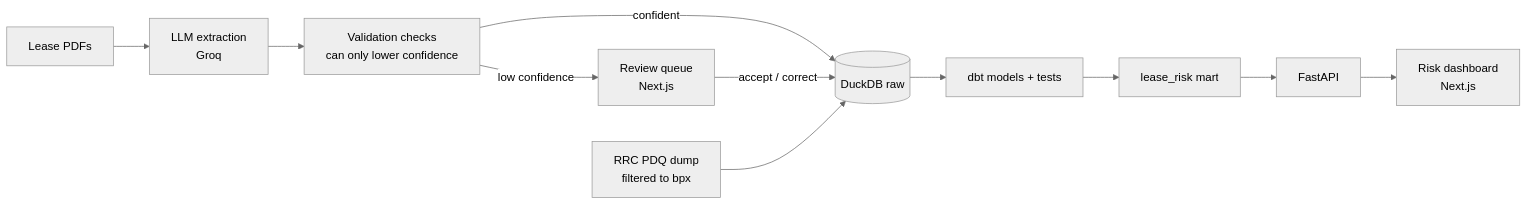
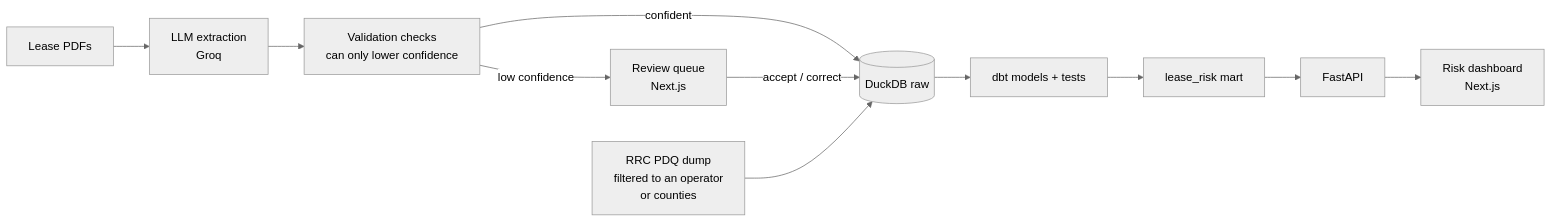
One commit to kaimonday/bpx-land-risk changed the diagram in README.md. Above: the diagram before and after it, drawn with Mermaid (neutral theme). The commit also changed other lines of this file and 10 other files, not shown here.

````diff
--- a/README.md
+++ b/README.md
@@ -11,12 +41,12 @@
 ```mermaid
 flowchart LR
     PDF[Lease PDFs] --> X[LLM extraction<br/>Groq]
     X --> V[Validation checks<br/>can only lower confidence]
     V -->|confident| W[(DuckDB raw)]
     V -->|low confidence| Q[Review queue<br/>Next.js]
     Q -->|accept / correct| W
-    RRC[RRC PDQ dump<br/>filtered to bpx] --> W
+    RRC[RRC PDQ dump<br/>filtered to an operator<br/>or counties] --> W
     W --> DBT[dbt models + tests]
     DBT --> R[lease_risk mart]
     R --> API[FastAPI] --> UI[Risk dashboard<br/>Next.js]
 ```
````
